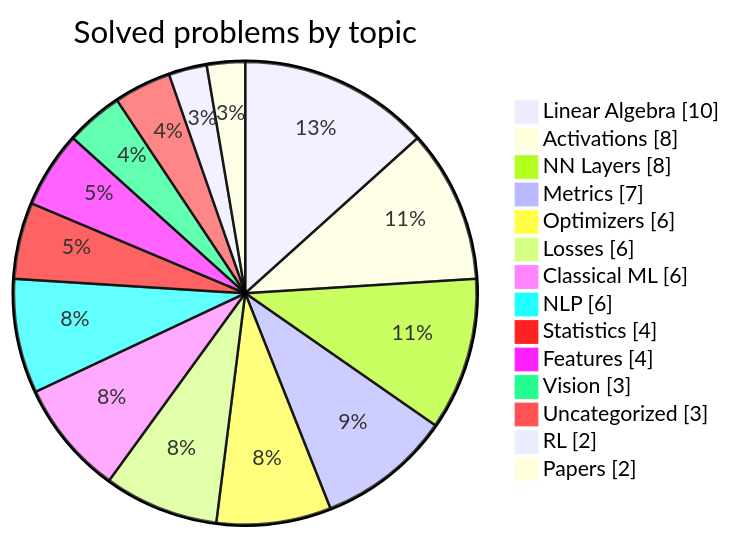
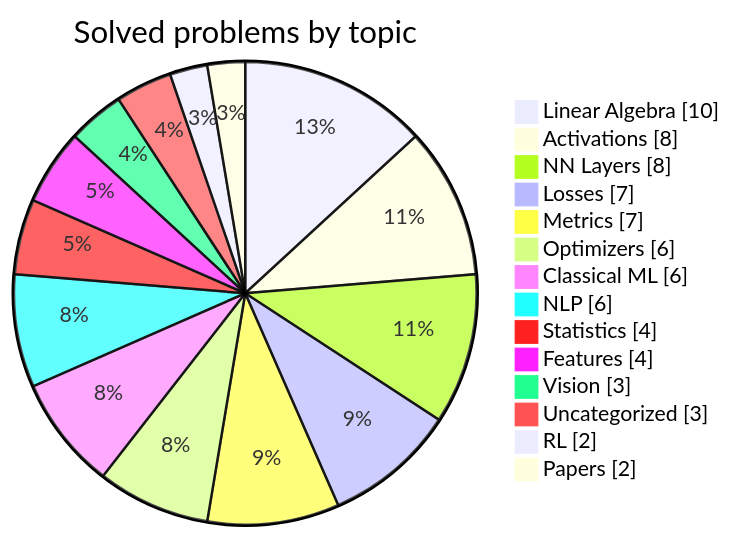
One commit to HarryTrn/TensorTonic-Solutions changed the second of 2 diagrams in README.md. Above: the diagram before and after it, drawn with Mermaid. The commit also changed other lines of this file, not shown here.

````diff
--- a/README.md
+++ b/README.md
@@ -74,18 +74,18 @@
 ```mermaid
 pie showData
     title Solved problems by topic
     "Linear Algebra" : 10
     "Activations" : 8
     "NN Layers" : 8
+    "Losses" : 7
     "Metrics" : 7
     "Optimizers" : 6
-    "Losses" : 6
     "Classical ML" : 6
     "NLP" : 6
     "Statistics" : 4
     "Features" : 4
     "Vision" : 3
     "Uncategorized" : 3
     "RL" : 2
     "Papers" : 2
 ```
````
